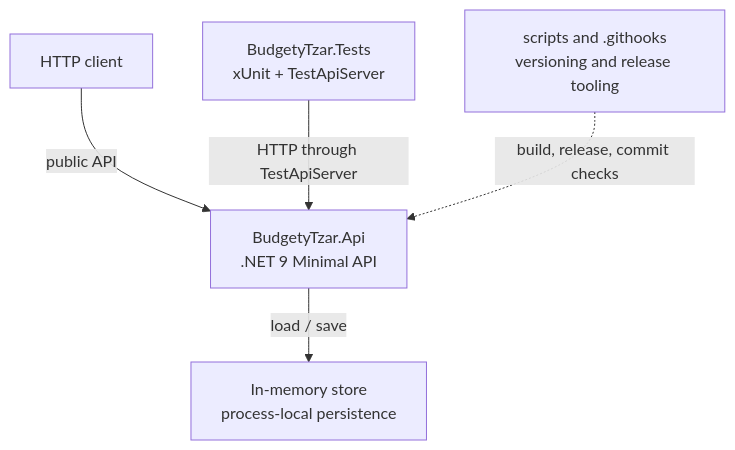
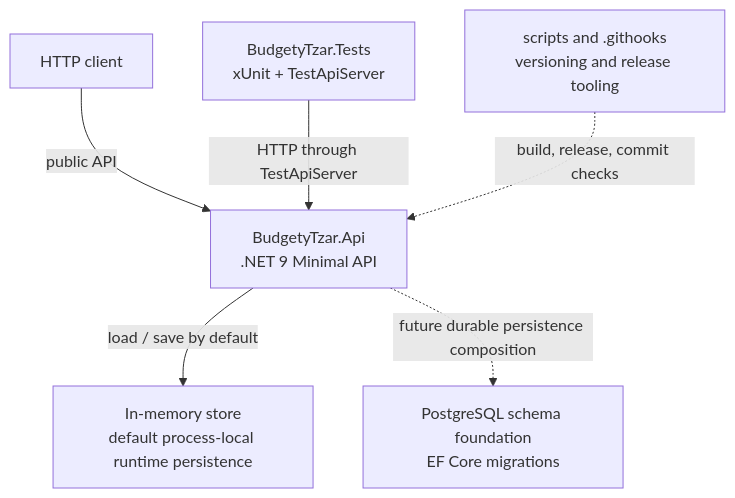
One commit to kierondye/BudgetyTzar changed the second of 5 diagrams in docs/architecture.md. Above: the diagram before and after it, drawn with Mermaid. The commit also changed other lines of this file and 15 other files, not shown here.

Commit message:
feat: add PostgreSQL persistence foundation

````diff
--- a/docs/architecture.md
+++ b/docs/architecture.md
@@ -35,13 +36,15 @@
 ```mermaid
 flowchart TB
     client["HTTP client"]
     api["BudgetyTzar.Api<br/>.NET 9 Minimal API"]
-    memory["In-memory store<br/>process-local persistence"]
+    memory["In-memory store<br/>default process-local runtime persistence"]
+    postgres["PostgreSQL schema foundation<br/>EF Core migrations"]
     tests["BudgetyTzar.Tests<br/>xUnit + TestApiServer"]
     scripts["scripts and .githooks<br/>versioning and release tooling"]
 
     client -->|"public API"| api
-    api -->|"load / save"| memory
+    api -->|"load / save by default"| memory
+    api -.->|"future durable persistence composition"| postgres
     tests -->|"HTTP through TestApiServer"| api
     scripts -.->|"build, release, commit checks"| api
 ```
````
